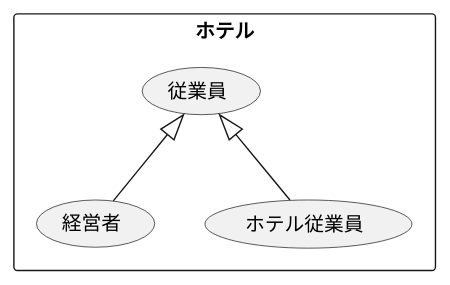
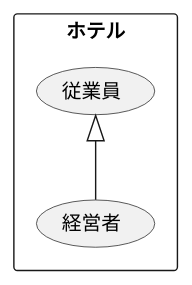
Before and after one commit to github-use-a/uml-introduction: the diagram in 演習2-2_ホテル従業員.pu, drawn with PlantUML.

Commit message:
修正

```diff
--- a/演習2-2_ホテル従業員.pu
+++ b/演習2-2_ホテル従業員.pu
@@ -1,10 +1,8 @@
 @startuml ユースケース図
 ' left to right direction
 rectangle ホテル{
 usecase 従業員
 usecase 経営者
-usecase ホテル従業員
 }
 従業員<|-- 経営者
-従業員<|-- ホテル従業員
 @enduml
```
